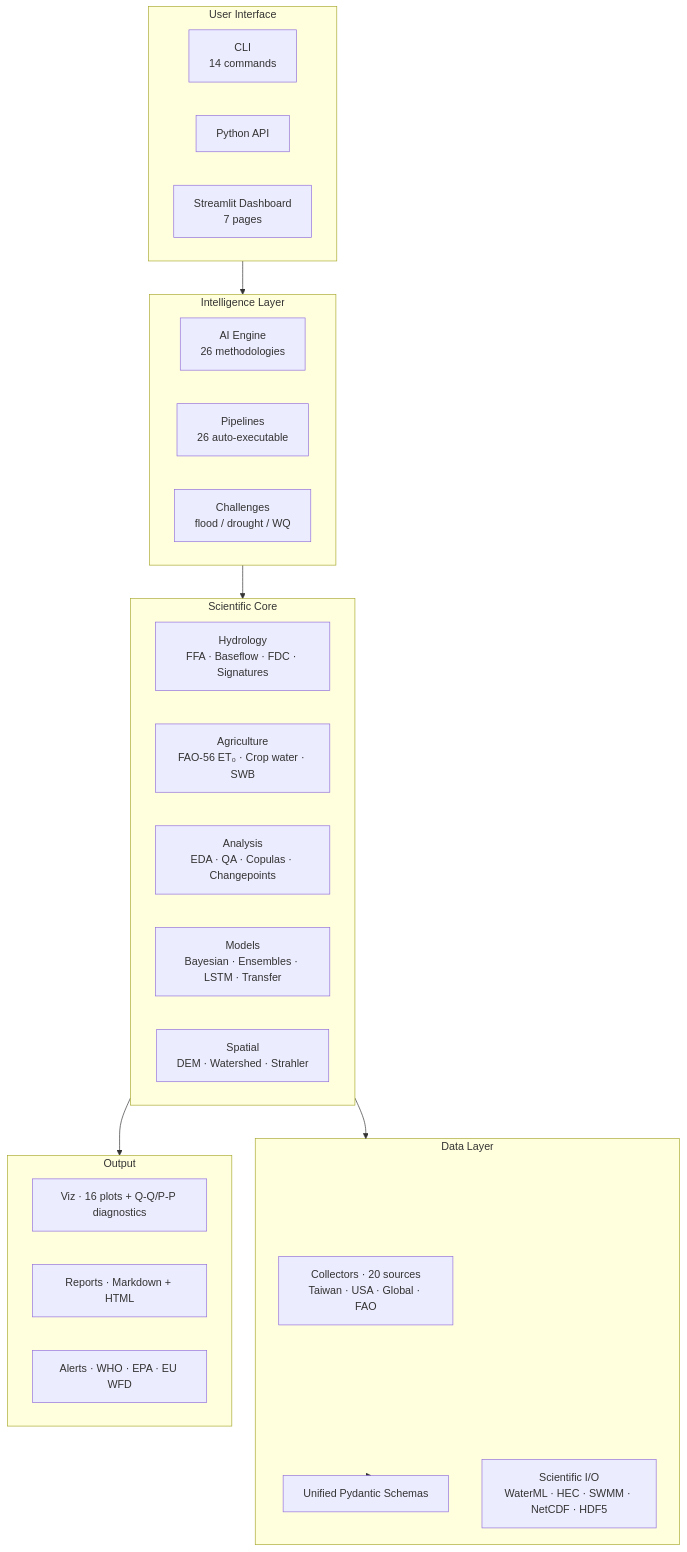
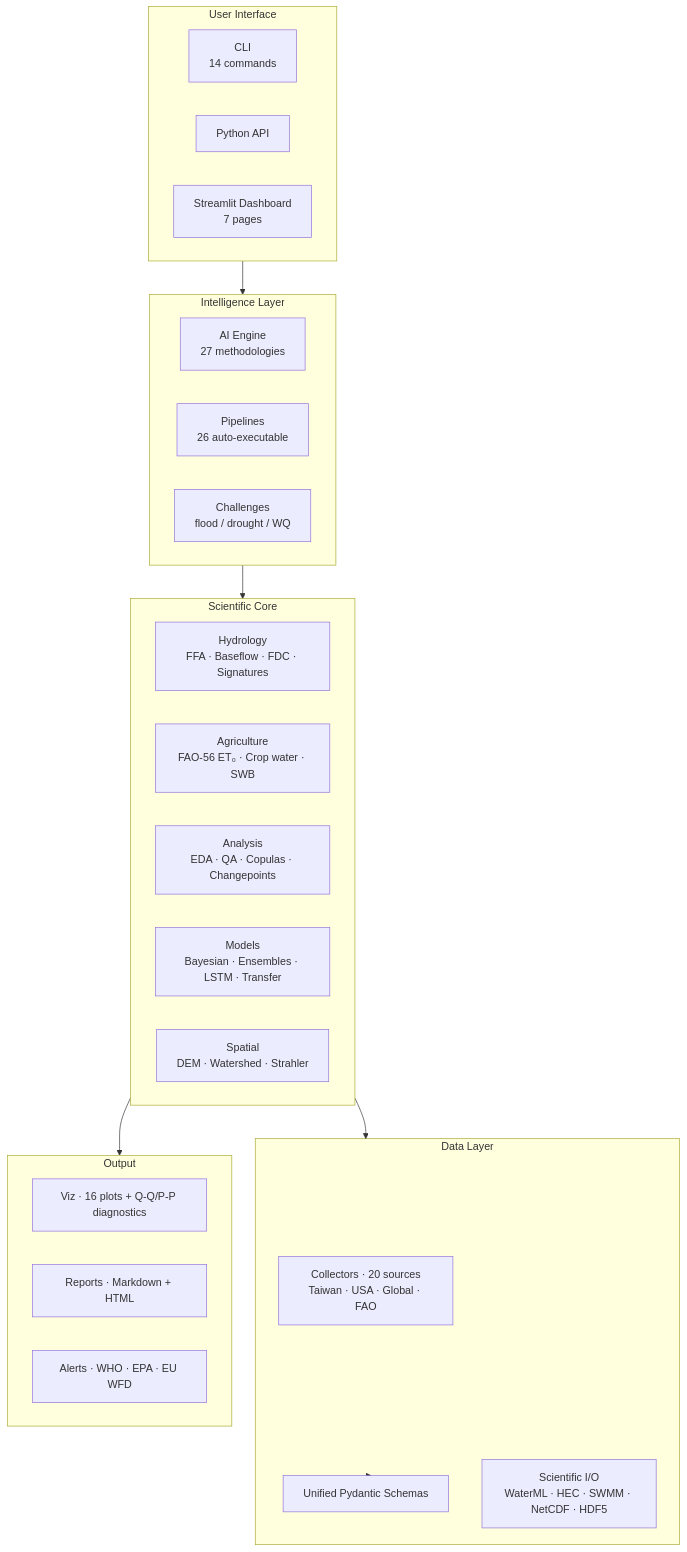
The diagram in docs/guides/architecture.md (Berserker-GM/aquascope), drawn with Mermaid before and after one commit. The commit also changed other lines of this file and 8 other files, not shown here.

````diff
--- a/docs/guides/architecture.md
+++ b/docs/guides/architecture.md
@@ -7,40 +7,40 @@
 ```mermaid
 flowchart TB
     subgraph Interface["User Interface"]
         CLI["CLI<br/>14 commands"]
         API["Python API"]
         DASH["Streamlit Dashboard<br/>7 pages"]
     end
 
     subgraph Intelligence["Intelligence Layer"]
-        AI["AI Engine<br/>26 methodologies"]
+        AI["AI Engine<br/>27 methodologies"]
         PIPE["Pipelines<br/>26 auto-executable"]
         CHAL["Challenges<br/>flood / drought / WQ"]
     end
 
     subgraph Science["Scientific Core"]
         HYD["Hydrology<br/>FFA · Baseflow · FDC · Signatures"]
         AGRI["Agriculture<br/>FAO-56 ET₀ · Crop water · SWB"]
         ANA["Analysis<br/>EDA · QA · Copulas · Changepoints"]
         MODEL["Models<br/>Bayesian · Ensembles · LSTM · Transfer"]
         SPATIAL["Spatial<br/>DEM · Watershed · Strahler"]
     end
 
     subgraph Data["Data Layer"]
         COL["Collectors · 20 sources<br/>Taiwan · USA · Global · FAO"]
         SCHEMA["Unified Pydantic Schemas"]
         IO["Scientific I/O<br/>WaterML · HEC · SWMM · NetCDF · HDF5"]
     end
 
     subgraph Output["Output"]
         VIZ["Viz · 16 plots + Q-Q/P-P diagnostics"]
         REP["Reports · Markdown + HTML"]
         ALERT["Alerts · WHO · EPA · EU WFD"]
     end
 
     Interface --> Intelligence
     Intelligence --> Science
     Science --> Data
     Science --> Output
     Data --> SCHEMA
 ```
````
